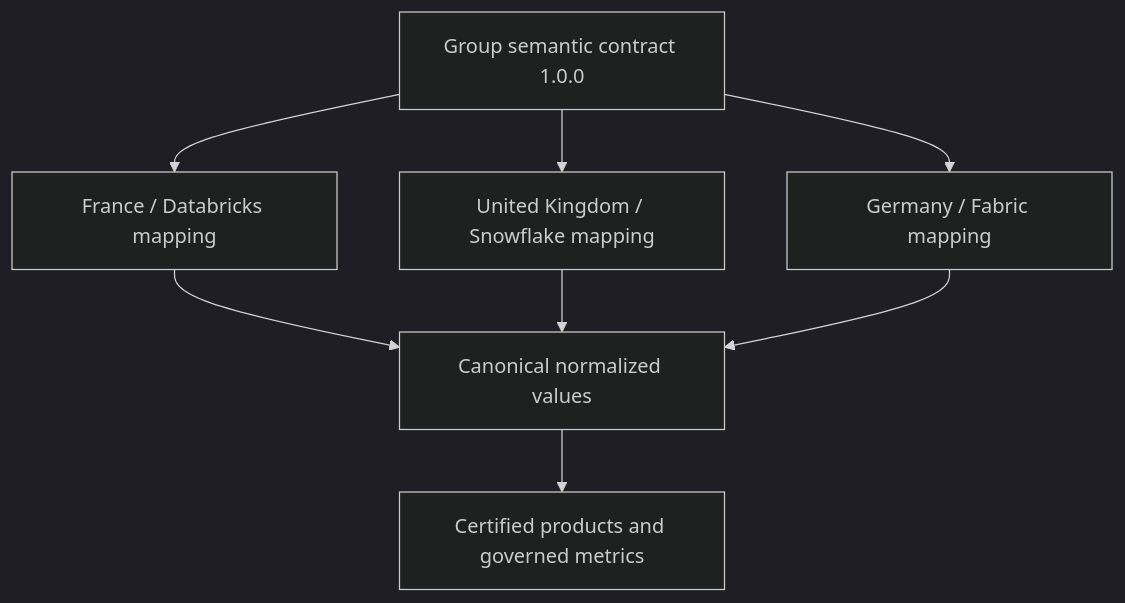
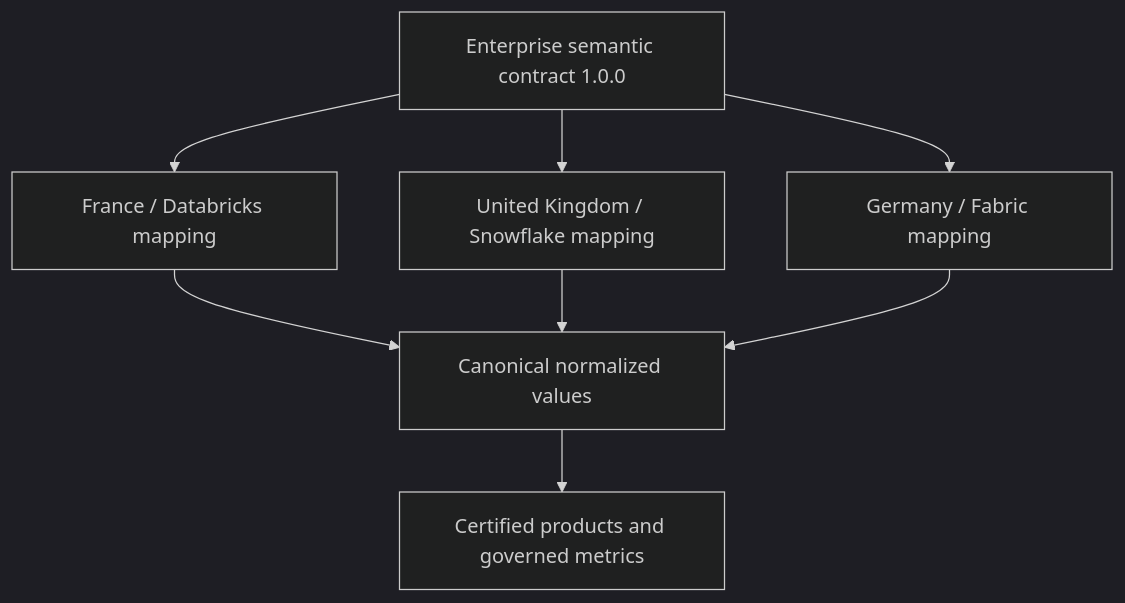
Before and after one commit to Sugumaran-Balasubramaniyan/enterprise-agentic-semantic-layer: the third of 4 diagrams in docs/architecture.md, drawn with Mermaid (dark theme). The commit also changed other lines of this file and 88 other files, not shown here.

````diff
--- a/docs/architecture.md
+++ b/docs/architecture.md
@@ -74,11 +74,11 @@
 ```mermaid
 flowchart TB
-    G[Group semantic contract 1.0.0]
+    G[Enterprise semantic contract 1.0.0]
     G --> FR[France / Databricks mapping]
     G --> UK[United Kingdom / Snowflake mapping]
     G --> DE[Germany / Fabric mapping]
     FR --> N[Canonical normalized values]
     UK --> N
     DE --> N
     N --> P[Certified products and governed metrics]
 ```
````
